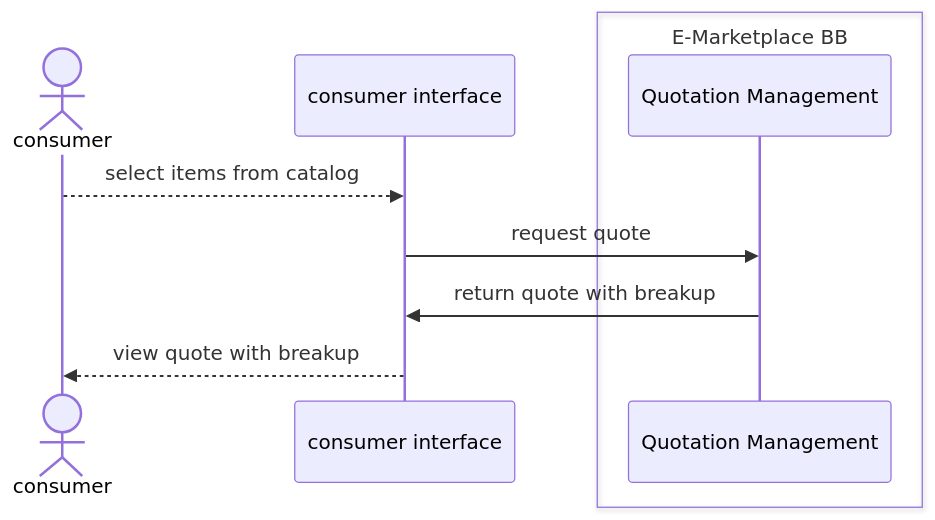
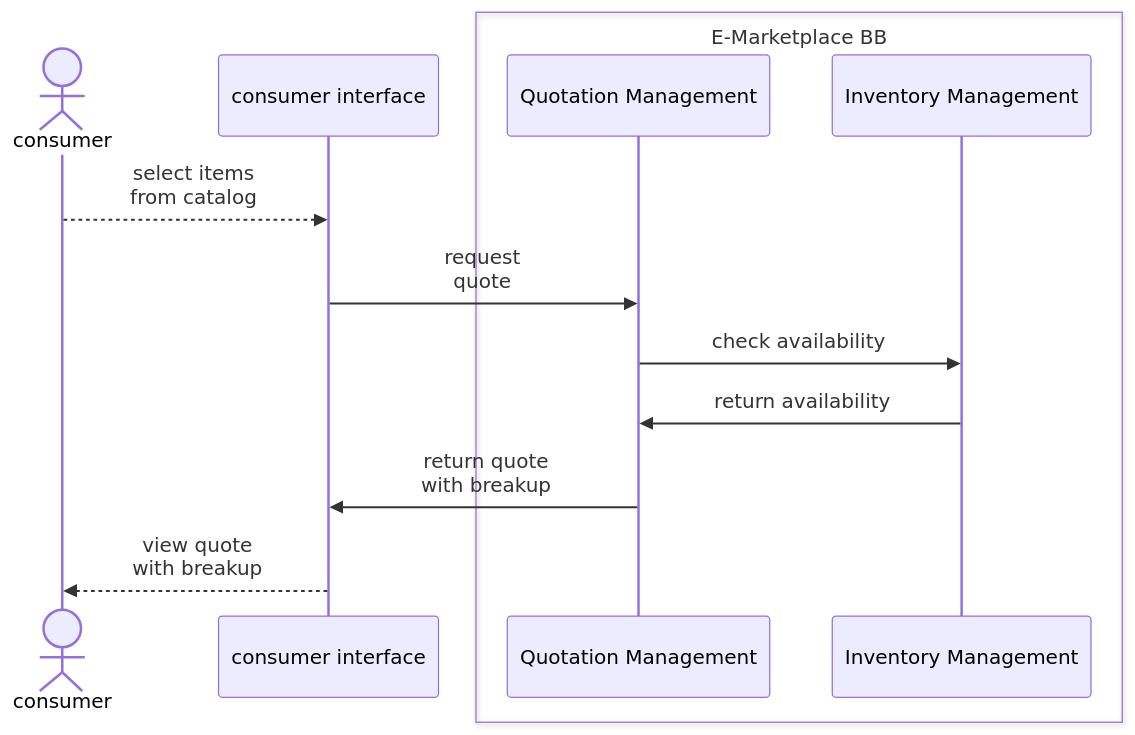
Before and after one commit to GovStackWorkingGroup/bb-emarketplace: the second of 15 diagrams in spec/9-workflows.md, drawn with Mermaid.

Commit message:
GITBOOK-46: Update Sequence Diagram - Quotation Management

````diff
--- a/spec/9-workflows.md
+++ b/spec/9-workflows.md
@@ -61,12 +61,15 @@
 ```mermaid
 sequenceDiagram
     Actor consumer
     participant consumer interface
     box E-Marketplace BB
     participant Quotation Management
+    participant Inventory Management
     end
-    consumer-->>consumer interface: select items from catalog
-    consumer interface->>Quotation Management:request quote
-    Quotation Management->>consumer interface:return quote with breakup
-    consumer interface-->>consumer: view quote with breakup
+    consumer-->>consumer interface: select items <br/> from catalog
+    consumer interface->>Quotation Management:request <br/> quote
+    Quotation Management->>Inventory Management: check availability
+    Inventory Management->>Quotation Management: return availability
+    Quotation Management->>consumer interface:return quote <br/> with breakup
+    consumer interface-->>consumer: view quote <br/> with breakup
 ```
````
